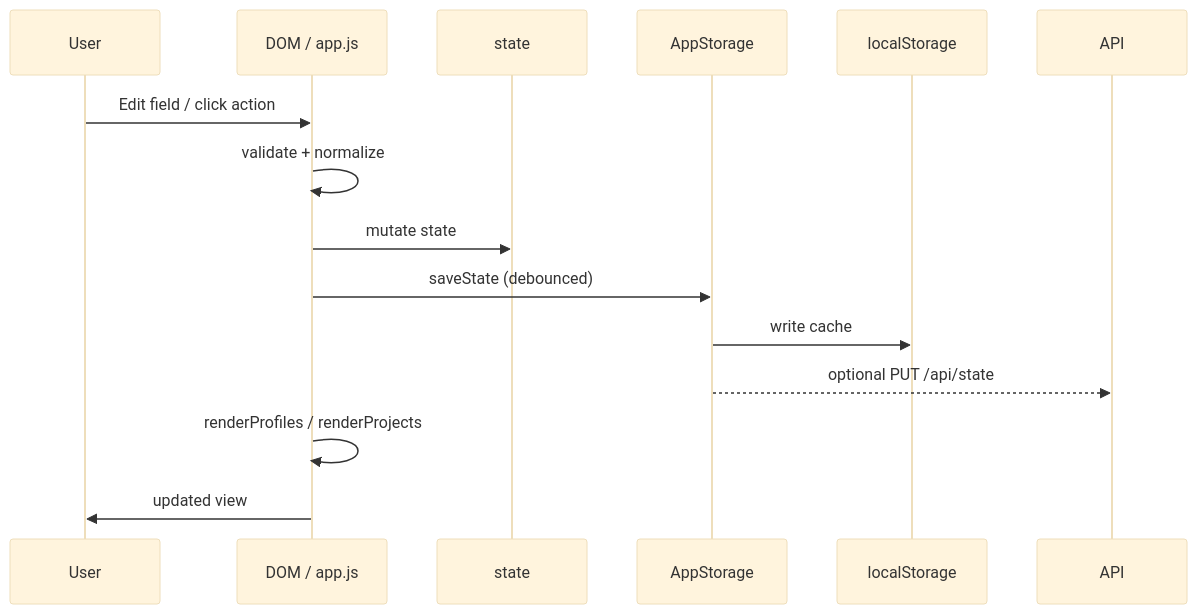
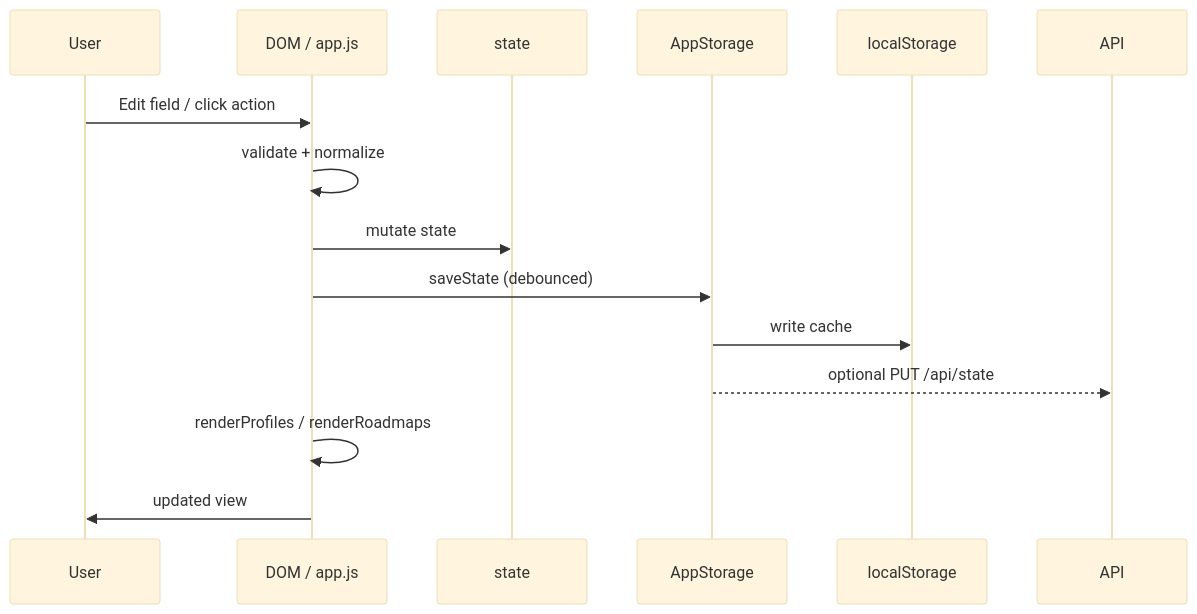
The third of 7 diagrams in docs/ARCHITECTURE.md (RifqiMT/pm-prioritization-tool), drawn with Mermaid (base theme) before and after one commit. The commit also changed other lines of this file and 59 other files, not shown here.

First line of the commit message:
feat(ui193): rename Project→Roadmap, add KANO portfolio view, and full docs sync

````diff
--- a/docs/ARCHITECTURE.md
+++ b/docs/ARCHITECTURE.md
@@ -105,17 +108,17 @@
 ```mermaid
 sequenceDiagram
   participant U as User
   participant UI as DOM / app.js
   participant S as state
   participant ST as AppStorage
   participant L as localStorage
 
   U->>UI: Edit field / click action
   UI->>UI: validate + normalize
   UI->>S: mutate state
   UI->>ST: saveState (debounced)
   ST->>L: write cache
   ST-->>API: optional PUT /api/state
-  UI->>UI: renderProfiles / renderProjects
+  UI->>UI: renderProfiles / renderRoadmaps
   UI->>U: updated view
 ```
````
